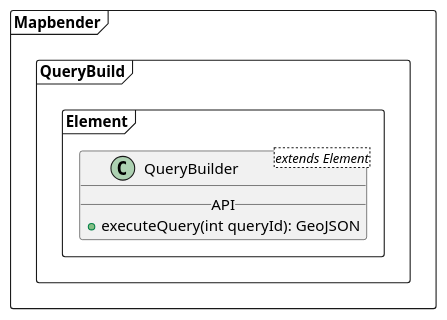
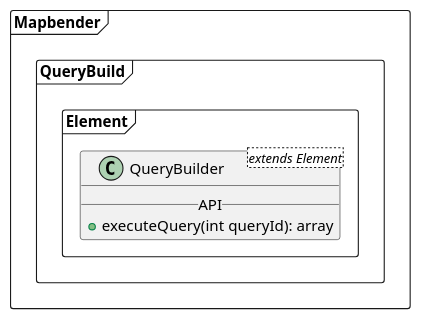
One commit to mapbender/query-builder changed the diagram in Documents/QueryBuilder.puml. Above: the diagram before and after it, drawn with PlantUML.

Commit message:
Fix return type documentation

```diff
--- a/Documents/QueryBuilder.puml
+++ b/Documents/QueryBuilder.puml
@@ -1,14 +1,14 @@
 @startuml
 
 package Mapbender <<Frame>> {
 
   package QueryBuild <<Frame>>{
     package Element <<Frame>>{
       class QueryBuilder <extends Element>{
          __ API __
-         + executeQuery(int queryId): GeoJSON
+         + executeQuery(int queryId): array
       }
     }
   }
 }
 @enduml
```
